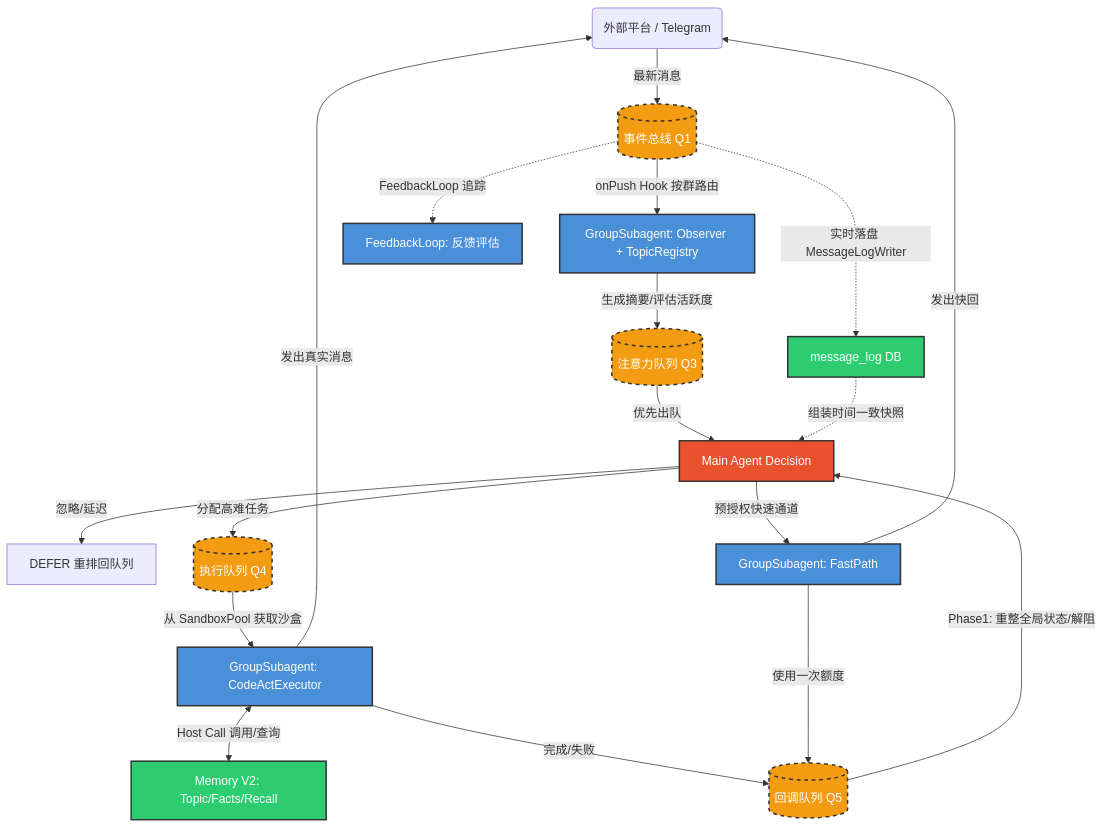
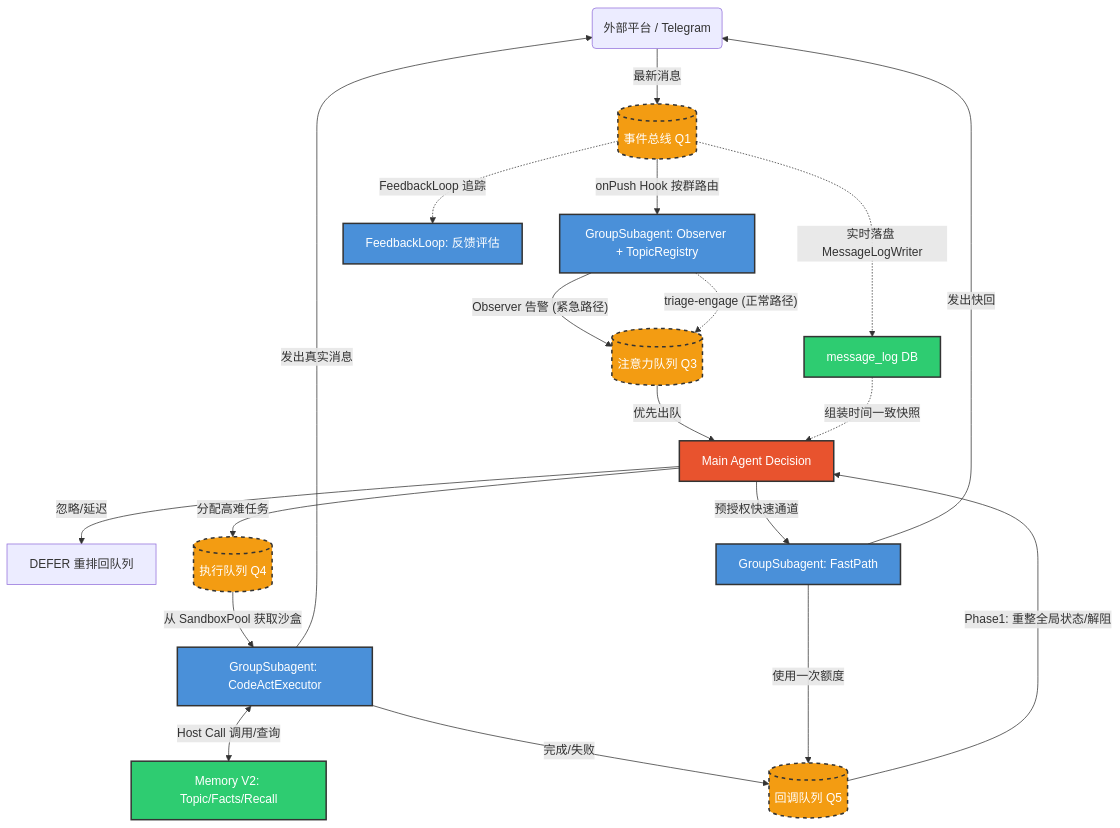
One commit to mitang-tal/CyberGroupmate changed the third of 3 diagrams in docs/architecture_v2.md. Above: the diagram before and after it, drawn with Mermaid. The commit also changed other lines of this file and 8 other files, not shown here.

First line of the commit message:
fix: restore triage-first Q3 trigger architecture and add cross-path duplicate reply prevention

````diff
--- a/docs/architecture_v2.md
+++ b/docs/architecture_v2.md
@@ -119,34 +124,35 @@
 ```mermaid
 graph TD
     classDef mainfill fill:#e8532e,stroke:#333,stroke-width:2px,color:#fff;
     classDef subfill fill:#4a90d9,stroke:#333,stroke-width:2px,color:#fff;
     classDef memfill fill:#2ecc71,stroke:#333,stroke-width:2px,color:#fff;
     classDef qfill fill:#f39c12,stroke:#333,stroke-width:2px,color:#fff,stroke-dasharray: 5 5;
 
     PA(外部平台 / Telegram) -->|最新消息| NC[(事件总线 Q1)]:::qfill
     NC -.->|实时落盘 MessageLogWriter| ML[message_log DB]:::memfill
     
     NC -->|onPush Hook 按群路由| OBS[GroupSubagent: Observer + TopicRegistry]:::subfill
     
-    OBS -->|生成摘要/评估活跃度| MQ3[(注意力队列 Q3)]:::qfill
+    OBS -->|"Observer 告警 (紧急路径)"| MQ3[(注意力队列 Q3)]:::qfill
+    OBS -.->|"triage-engage (正常路径)"| MQ3
     
     MQ3 -->|优先出队| MA[Main Agent Decision]:::mainfill
     ML -.->|组装时间一致快照| MA
     
     MA -->|忽略/延迟| Q3[DEFER 重排回队列]
     MA -->|分配高难任务| MQ4[(执行队列 Q4)]:::qfill
     MA -->|预授权快速通道| FH[GroupSubagent: FastPath]:::subfill
     
     MQ4 -->|从 SandboxPool 获取沙盒| CAE[GroupSubagent: CodeActExecutor]:::subfill
     
     CAE <-->|Host Call 调用/查询| MEM[Memory V2: Topic/Facts/Recall]:::memfill
     CAE -->|发出真实消息| PA
     FH -->|发出快回| PA
     
     CAE -->|完成/失败| MQ5[(回调队列 Q5)]:::qfill
     FH -->|使用一次额度| MQ5
     
     MQ5 -->|Phase1: 重整全局状态/解阻| MA
 
     NC -.->|FeedbackLoop 追踪| FL[FeedbackLoop: 反馈评估]:::subfill
 ```
````
